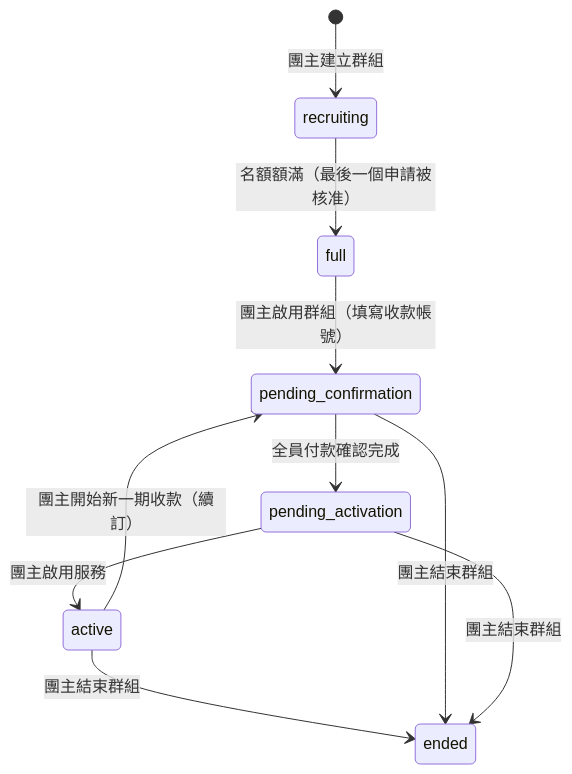
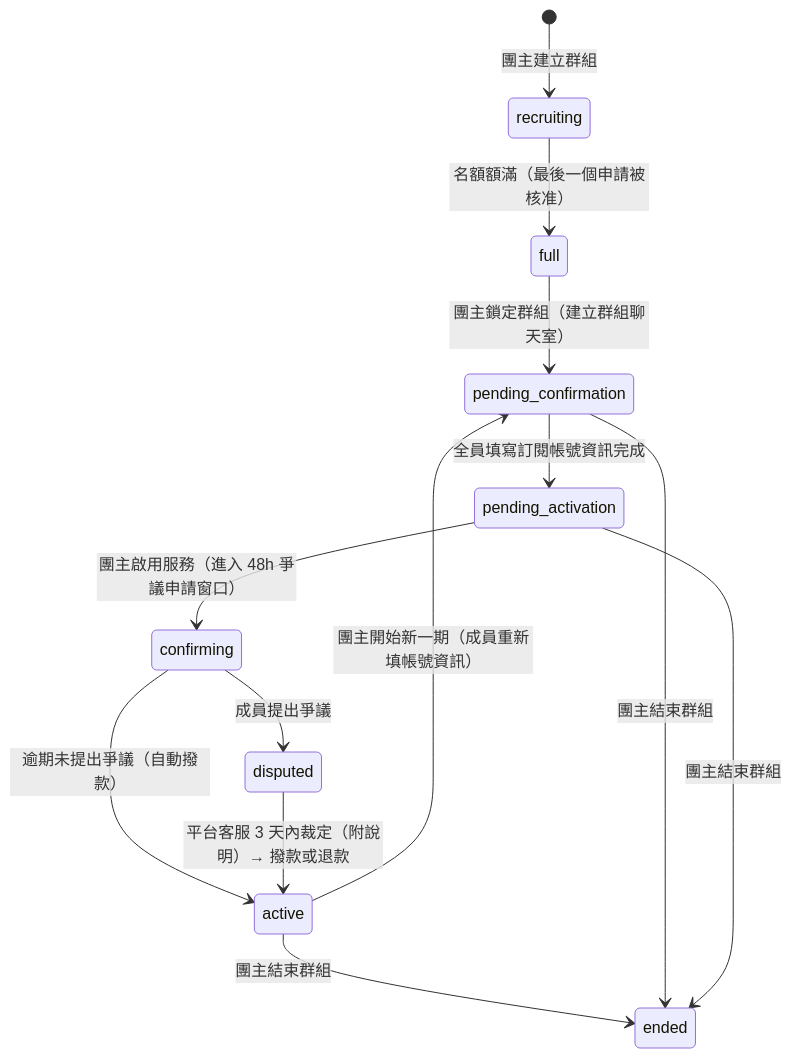
Before and after one commit to s1092055/PartyMatch: the first of 7 diagrams in docs/user-flows.md, drawn with Mermaid. The commit also changed other lines of this file and 3 other files, not shown here.

````diff
--- a/docs/user-flows.md
+++ b/docs/user-flows.md
@@ -7,12 +7,15 @@
 ```mermaid
 stateDiagram-v2
   [*] --> recruiting : 團主建立群組
   recruiting --> full : 名額額滿（最後一個申請被核准）
-  full --> pending_confirmation : 團主啟用群組（填寫收款帳號）
-  pending_confirmation --> pending_activation : 全員付款確認完成
-  pending_activation --> active : 團主啟用服務
-  active --> pending_confirmation : 團主開始新一期收款（續訂）
+  full --> pending_confirmation : 團主鎖定群組（建立群組聊天室）
+  pending_confirmation --> pending_activation : 全員填寫訂閱帳號資訊完成
+  pending_activation --> confirming : 團主啟用服務（進入 48h 爭議申請窗口）
+  confirming --> active : 逾期未提出爭議（自動撥款）
+  confirming --> disputed : 成員提出爭議
+  disputed --> active : 平台客服 3 天內裁定（附說明）→ 撥款或退款
+  active --> pending_confirmation : 團主開始新一期（成員重新填帳號資訊）
   active --> ended : 團主結束群組
   pending_confirmation --> ended : 團主結束群組
   pending_activation --> ended : 團主結束群組
 ```
````
